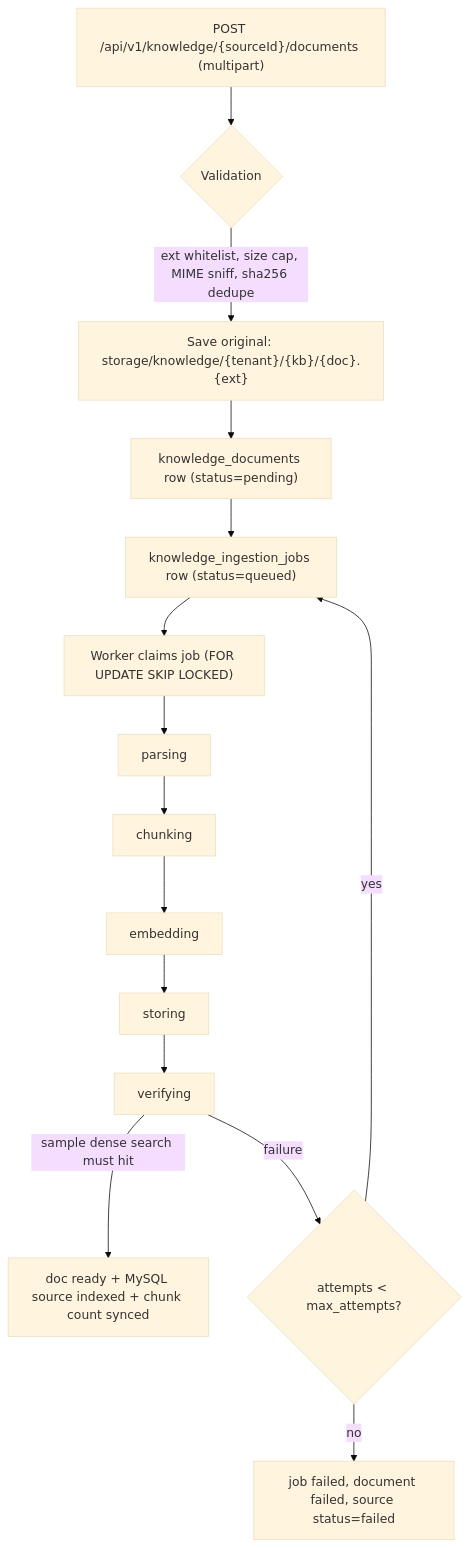
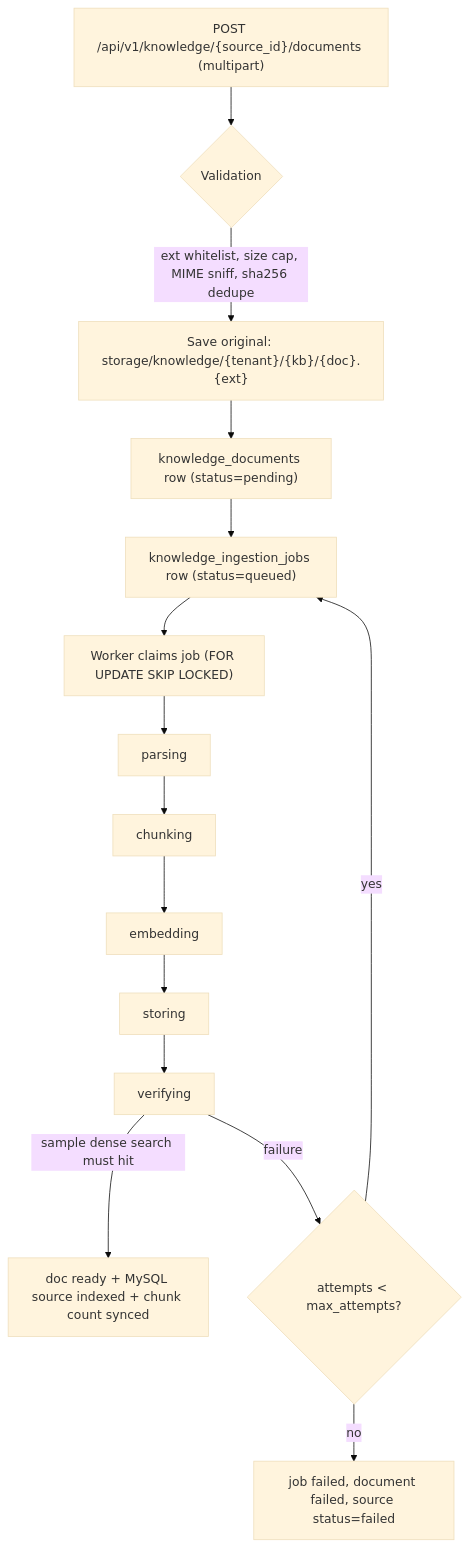
One commit to gituser18synthora/EchoSphere changed the first of 2 diagrams in docs/KNOWLEDGE_AND_RAG.md. Above: the diagram before and after it, drawn with Mermaid (base theme). The commit also changed other lines of this file and 17 other files, not shown here.

````diff
--- a/docs/KNOWLEDGE_AND_RAG.md
+++ b/docs/KNOWLEDGE_AND_RAG.md
@@ -13,13 +13,13 @@
 ```mermaid
 flowchart TD
-    U["POST /api/v1/knowledge/{sourceId}/documents (multipart)"] --> V{"Validation"}
+    U["POST /api/v1/knowledge/{source_id}/documents (multipart)"] --> V{"Validation"}
     V -->|"ext whitelist, size cap, MIME sniff, sha256 dedupe"| S["Save original: storage/knowledge/{tenant}/{kb}/{doc}.{ext}"]
     S --> D["knowledge_documents row (status=pending)"]
     D --> J["knowledge_ingestion_jobs row (status=queued)"]
     J --> W["Worker claims job (FOR UPDATE SKIP LOCKED)"]
     W --> P1["parsing"] --> P2["chunking"] --> P3["embedding"] --> P4["storing"] --> P5["verifying"]
     P5 -->|"sample dense search must hit"| R["doc ready + MySQL source indexed + chunk count synced"]
     P5 -->|"failure"| F{"attempts < max_attempts?"}
     F -->|"yes"| J
     F -->|"no"| X["job failed, document failed, source status=failed"]
 ```
````
